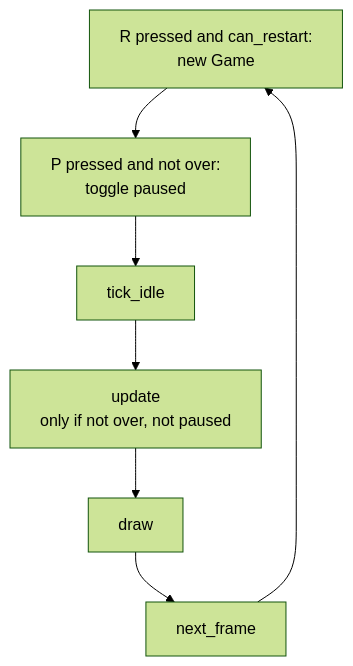
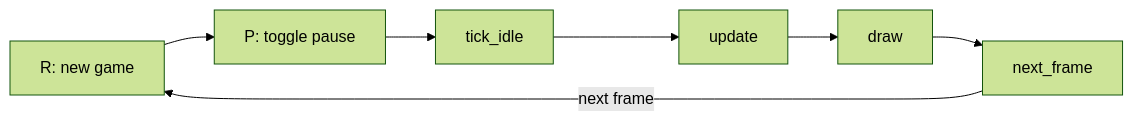
The second of 2 diagrams in docs/architecture/components.md (chussenot/polyfall), drawn with Mermaid (forest theme) before and after one commit. The commit also changed other lines of this file and 12 other files, not shown here.

````diff
--- a/docs/architecture/components.md
+++ b/docs/architecture/components.md
@@ -84,10 +105,11 @@
 ```mermaid
-flowchart TB
-    R[R pressed and can_restart:<br/>new Game]
-    P[P pressed and not over:<br/>toggle paused]
-    Idle[tick_idle]
-    Upd[update<br/>only if not over, not paused]
-    Draw[draw]
-    Next[next_frame]
-    R --> P --> Idle --> Upd --> Draw --> Next --> R
+flowchart LR
+    R["R: new game"]
+    P["P: toggle pause"]
+    Idle["tick_idle"]
+    Upd["update"]
+    Draw["draw"]
+    Next["next_frame"]
+    R --> P --> Idle --> Upd --> Draw --> Next
+    Next -->|"next frame"| R
 ```
````
